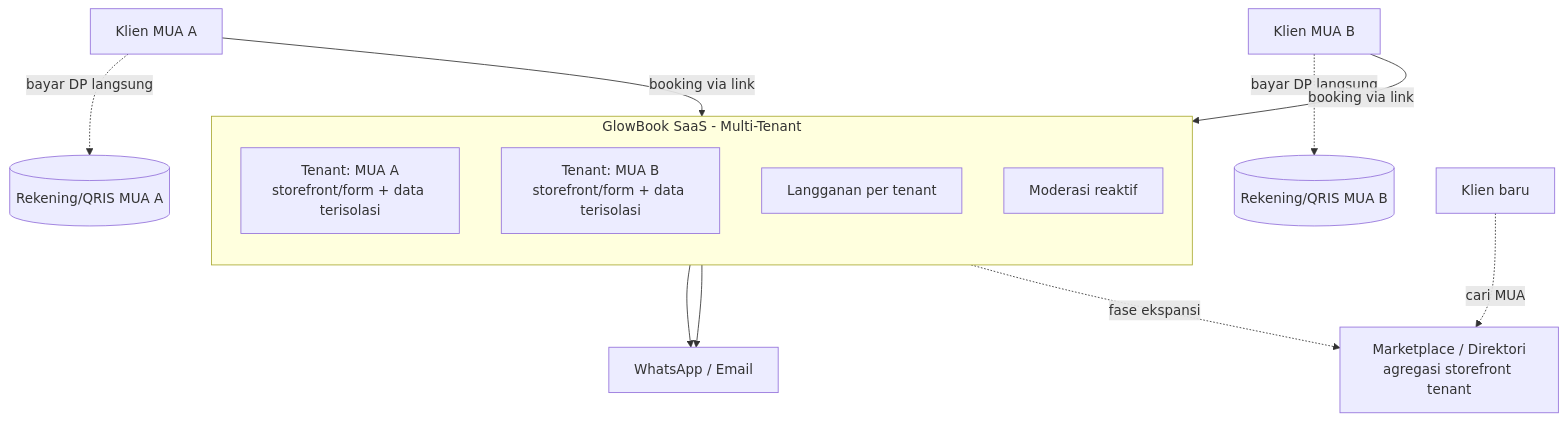
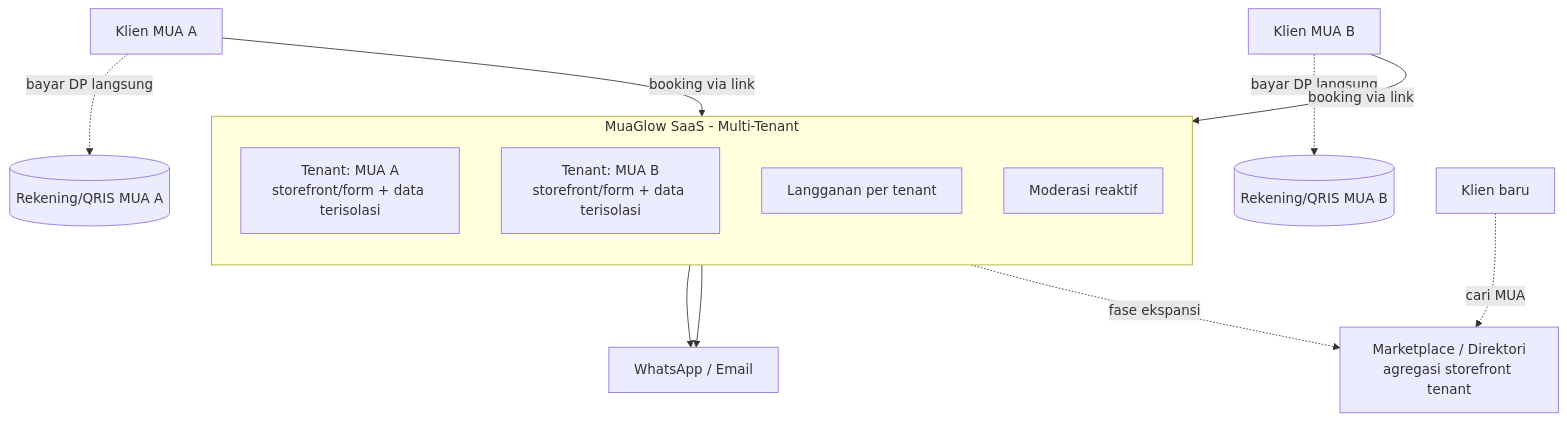
Before and after one commit to Marchelinoraco/mua: the first of 2 diagrams in BRD-MUA-SaaS.md, drawn with Mermaid. The commit also changed other lines of this file and 5 other files, not shown here.

Commit message:
docs(rebrand): GlowBook → MuaGlow di BRD, PRD, dan seluruh docs/

````diff
--- a/BRD-MUA-SaaS.md
+++ b/BRD-MUA-SaaS.md
@@ -172,18 +172,18 @@
 ```mermaid
 flowchart TD
-    subgraph Platform[GlowBook SaaS - Multi-Tenant]
+    subgraph Platform[MuaGlow SaaS - Multi-Tenant]
       direction TB
       T1[Tenant: MUA A<br/>storefront/form + data terisolasi]
       T2[Tenant: MUA B<br/>storefront/form + data terisolasi]
       SUB[Langganan per tenant]
       MOD[Moderasi reaktif]
     end
     C1[Klien MUA A] -->|booking via link| T1
     C2[Klien MUA B] -->|booking via link| T2
     C1 -. bayar DP langsung .-> M1[(Rekening/QRIS MUA A)]
     C2 -. bayar DP langsung .-> M2[(Rekening/QRIS MUA B)]
     T1 --> NOTIF[WhatsApp / Email]
     T2 --> NOTIF
     Platform -. fase ekspansi .-> MP[Marketplace / Direktori<br/>agregasi storefront tenant]
     C3[Klien baru] -. cari MUA .-> MP
 ```
````
